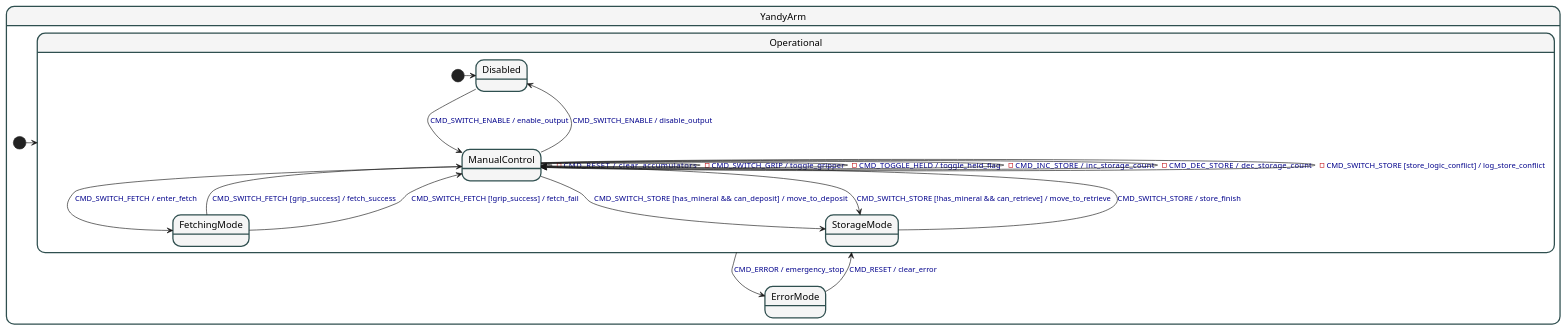
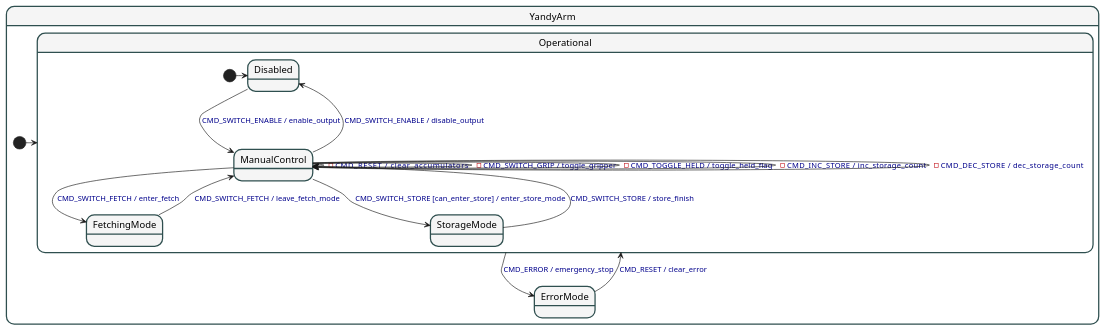
One commit to RoboMaster-DLMU-CONE/yandy-arm changed the diagram in config/fsm.puml. Above: the diagram before and after it, drawn with PlantUML. The commit also changed 7 other files, not shown here.

```diff
--- a/config/fsm.puml
+++ b/config/fsm.puml
@@ -1,106 +1,98 @@
 @startuml YandyArm
 
 skinparam state {
     BackgroundColor WhiteSmoke
     BorderColor DarkSlateGray
     FontSize 15
     FontColor Black
     Padding 12
     Margin 10
     BorderThickness 2
     RoundCorner 12
 }
 
 skinparam stateArrow {
     FontSize 12
     FontColor DarkBlue
 }
 
 ' === 变量说明 (注释) ===
 ' bool has_mineral: 当前末端是否有矿
 ' int stored_count: 仓库里有几个矿 (0, 1, 2)
 ' bool grip_sensor: 夹爪传感器状态
 
 state YandyArm {
 
     ' === 顶层初始状态 ===
     ' 系统启动默认进入运作模式（的初始状态 Disabled）
     [*] -> Operational
 
     ' ==============================================
     ' 正常运作模式
     ' ==============================================
     state Operational {
 
         ' 运作模式下的默认状态是禁用
         [*] -> Disabled
 
         state Disabled {
         }
 
         state ManualControl {
             ' [NULL状态] 正常规划
 
             ' --- 内部指令 ---
             ' 仅在 ManualControl 状态下有效，不触发状态切换
             ManualControl -> ManualControl : -CMD_RESET         / clear_accumulators
             ManualControl -> ManualControl : -CMD_SWITCH_GRIP   / toggle_gripper
             ManualControl -> ManualControl : -CMD_TOGGLE_HELD   / toggle_held_flag
             ManualControl -> ManualControl : -CMD_INC_STORE     / inc_storage_count
             ManualControl -> ManualControl : -CMD_DEC_STORE     / dec_storage_count
-
-            ' --- 逻辑检查 ---
-            ' 冲突报错
-            ManualControl --> ManualControl : -CMD_SWITCH_STORE [store_logic_conflict] / log_store_conflict
         }
 
         state FetchingMode {
             ' [FETCH状态]
         }
 
         state StorageMode {
             ' [STORE状态]
         }
 
         ' --- 子状态间的转换逻辑 ---
 
         ' A. 启用/禁用
         Disabled      ---> ManualControl : CMD_SWITCH_ENABLE / enable_output
         ManualControl ---> Disabled      : CMD_SWITCH_ENABLE / disable_output
 
         ' B. 抓取流程 (Switch Fetch)
         ' 进入
         ManualControl --> FetchingMode  : CMD_SWITCH_FETCH / enter_fetch
 
-        ' 退出 - 成功
-        FetchingMode  --> ManualControl : CMD_SWITCH_FETCH [grip_success]  / fetch_success
-        ' 退出 - 失败
-        FetchingMode  --> ManualControl : CMD_SWITCH_FETCH [!grip_success] / fetch_fail
+        ' 退出 (传感器检测在 action 中完成)
+        FetchingMode  --> ManualControl : CMD_SWITCH_FETCH / leave_fetch_mode
 
         ' C. 存取流程 (Switch Store)
-        ' Case A: 去存
-        ManualControl --> StorageMode   : CMD_SWITCH_STORE [has_mineral && can_deposit]   / move_to_deposit
-        ' Case B: 去取
-        ManualControl --> StorageMode   : CMD_SWITCH_STORE [!has_mineral && can_retrieve] / move_to_retrieve
-        ' Case C: 完成并返回
+        ' 进入 (存/取逻辑在 guard+action 中判断)
+        ManualControl --> StorageMode   : CMD_SWITCH_STORE [can_enter_store] / enter_store_mode
+        ' 完成并返回
         StorageMode   --> ManualControl : CMD_SWITCH_STORE / store_finish
     }
 
     ' ==============================================
     ' 故障模式
     ' ==============================================
     state ErrorMode {
         ' 故障状态，禁止动作
         ' 等待 CMD_RESET
     }
 
     ' ==============================================
     ' 全局转换
     ' ==============================================
     Operational --> ErrorMode : CMD_ERROR / emergency_stop
 
     ' 复位错误：回到 Operational (进入 Operational 的初始状态 Disabled)
     ErrorMode   --> Operational : CMD_RESET / clear_error
 
 }
 @enduml
```
